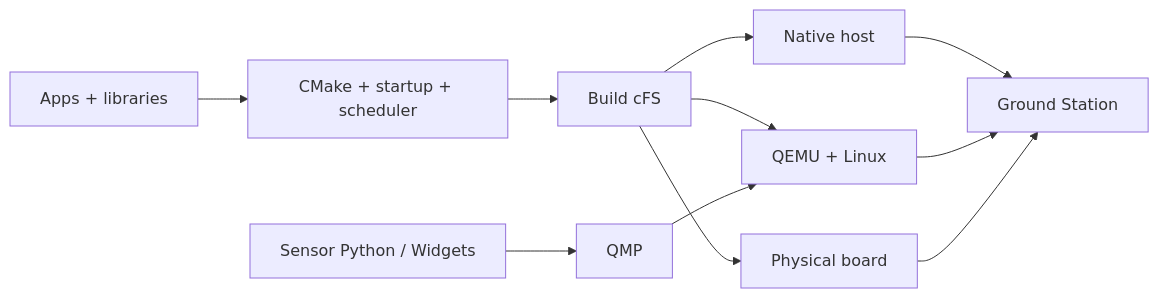
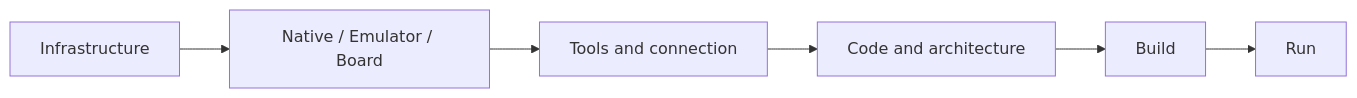
One commit to Raiagues/cfs_emulator changed the first of 2 diagrams in README.md. Above: the diagram before and after it, drawn with Mermaid. The commit also changed other lines of this file and 70 other files, not shown here.

````diff
--- a/README.md
+++ b/README.md
@@ -90,13 +58,7 @@
 ```mermaid
 flowchart LR
-    Source[Apps + libraries] --> Mission[CMake + startup + scheduler]
-    Mission --> Build[Build cFS]
-    Build --> Native[Native host]
-    Build --> QEMU[QEMU + Linux]
-    Build --> Board[Physical board]
-    Python[Sensor Python / Widgets] --> QMP[QMP]
-    QMP --> QEMU
-    Native --> Ground[Ground Station]
-    QEMU --> Ground
-    Board --> Ground
+    Infrastructure --> Target[Native / Emulator / Board]
+    Target --> Access[Tools and connection]
+    Access --> Workspace[Code and architecture]
+    Workspace --> Build --> Run
 ```
````
